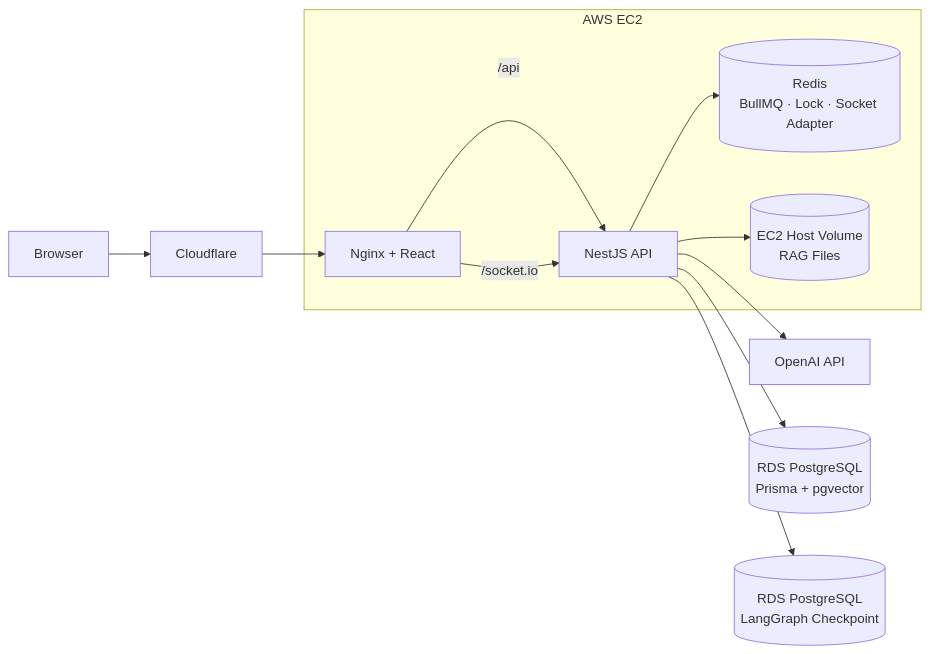
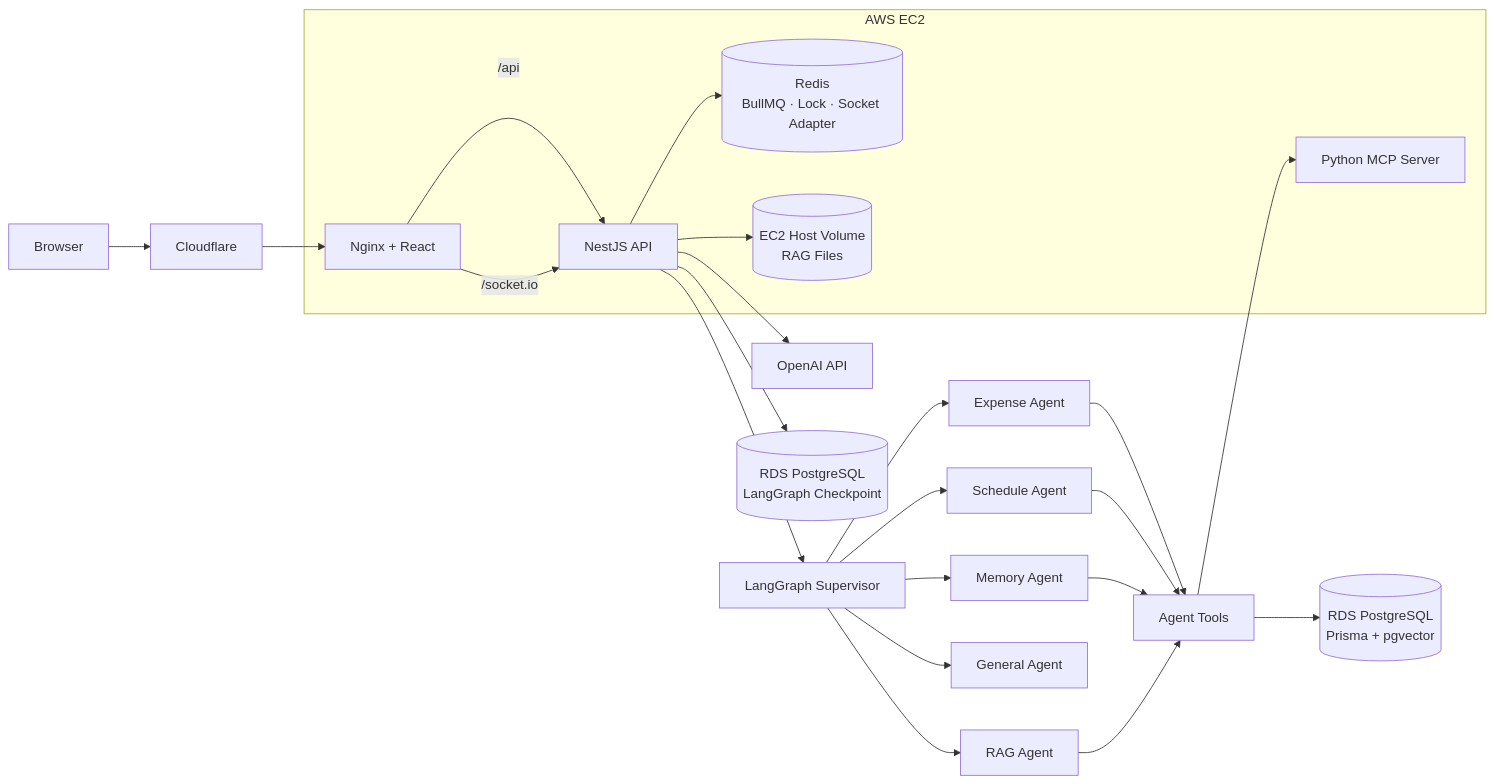
Before and after one commit to ITwoo/chat-ai-agent: the third of 4 diagrams in README.md, drawn with Mermaid. The commit also changed other lines of this file, not shown here.

Commit message:
docs: AI Agent 아키텍처와 핵심 기능 문서화

````diff
--- a/README.md
+++ b/README.md
@@ -233,21 +316,38 @@
 ```mermaid
 flowchart LR
     USER[Browser] --> CF[Cloudflare]
     CF --> WEB[Nginx + React]
 
     WEB -->|/api| API[NestJS API]
     WEB -->|/socket.io| API
 
+    API --> SUPERVISOR[LangGraph Supervisor]
+
+    SUPERVISOR --> EXPENSE[Expense Agent]
+    SUPERVISOR --> SCHEDULE[Schedule Agent]
+    SUPERVISOR --> MEMORY[Memory Agent]
+    SUPERVISOR --> RAG[RAG Agent]
+    SUPERVISOR --> GENERAL[General Agent]
+
+    EXPENSE --> TOOLS[Agent Tools]
+    SCHEDULE --> TOOLS
+    MEMORY --> TOOLS
+    RAG --> TOOLS
+
     API --> OPENAI[OpenAI API]
-    API --> APPDB[(RDS PostgreSQL<br/>Prisma + pgvector)]
+
+    TOOLS --> APPDB[(RDS PostgreSQL<br/>Prisma + pgvector)]
+    TOOLS --> MCP[Python MCP Server]
+
     API --> GRAPHDB[(RDS PostgreSQL<br/>LangGraph Checkpoint)]
     API --> REDIS[(Redis<br/>BullMQ · Lock · Socket Adapter)]
     API --> FILES[(EC2 Host Volume<br/>RAG Files)]
 
     subgraph EC2[AWS EC2]
         WEB
         API
+        MCP
         REDIS
         FILES
     end
 ```
````
